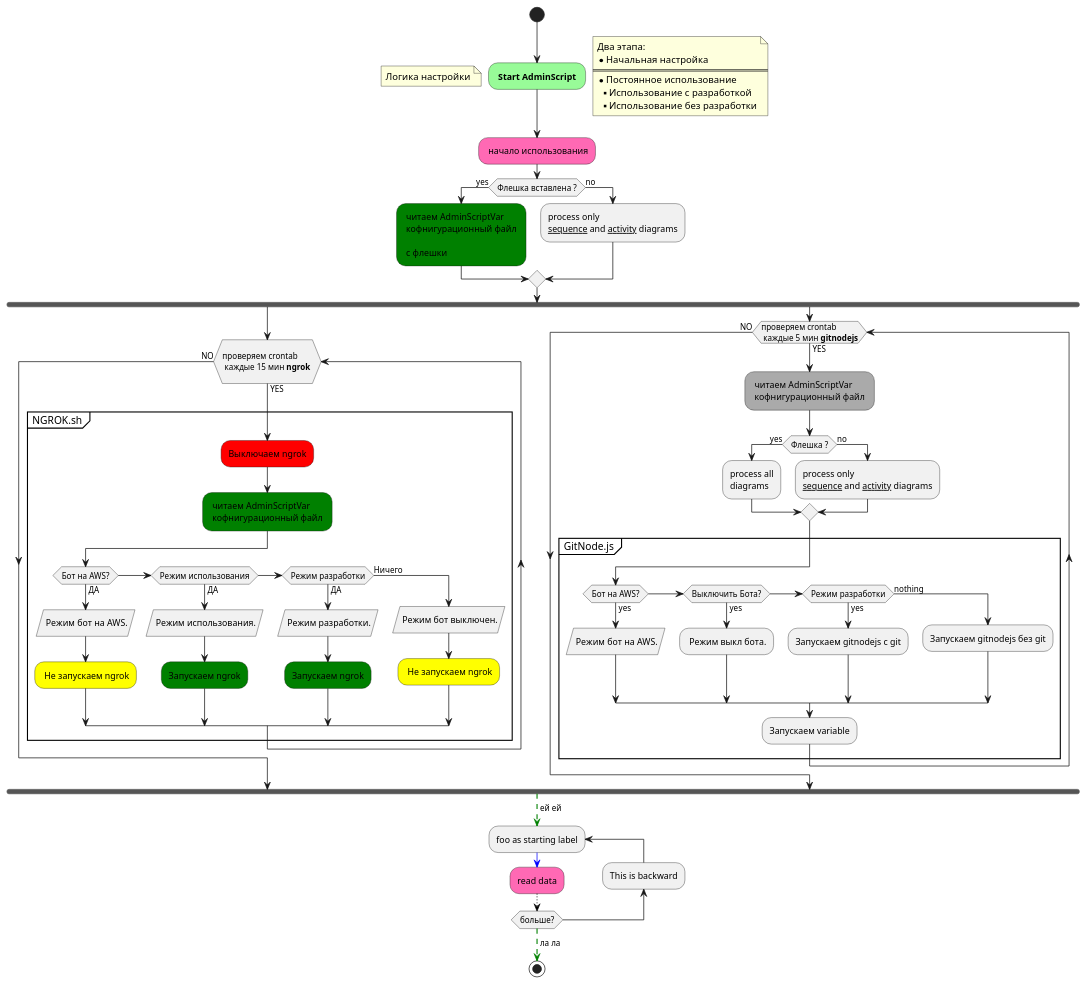
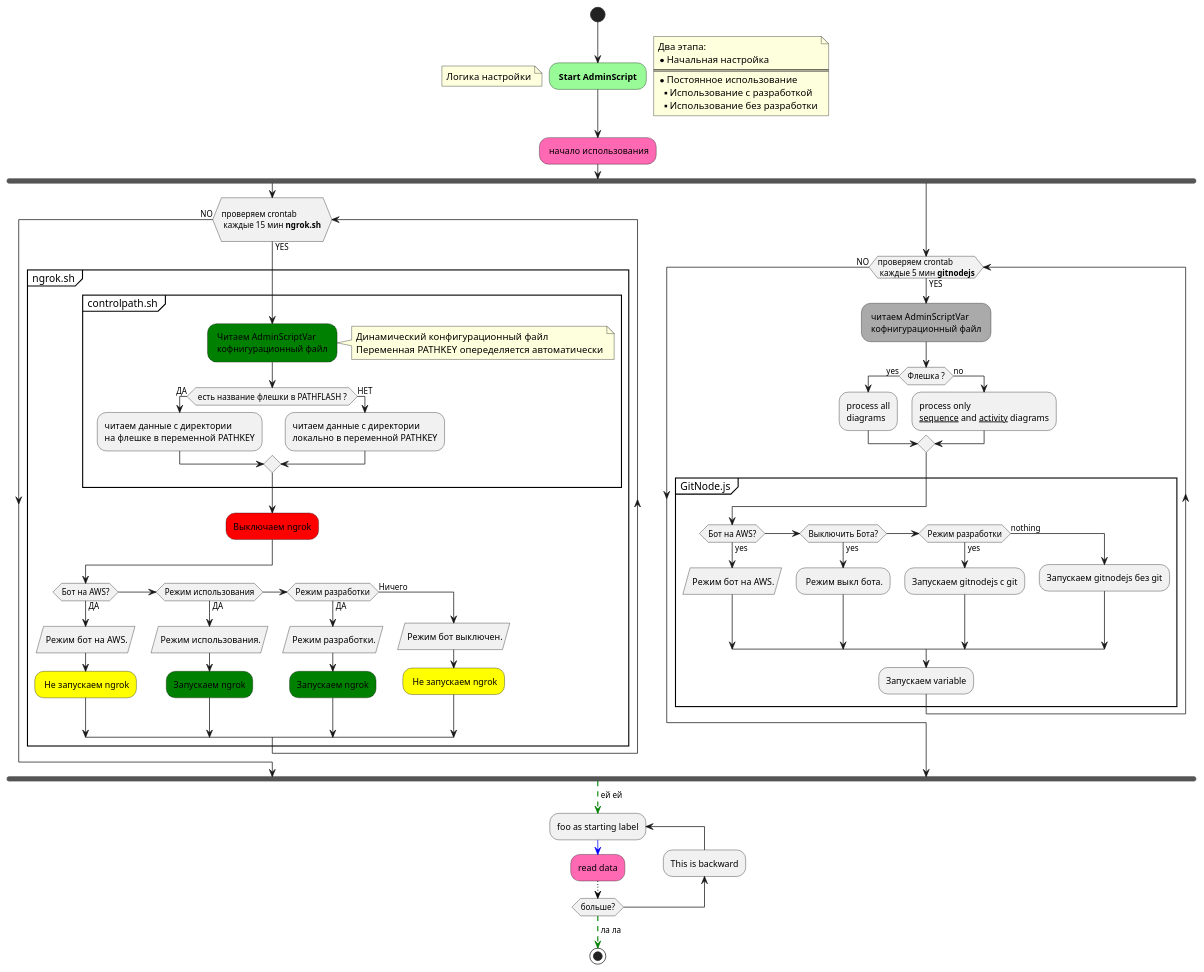
The diagram in conf/algoritm.pu (N1kD21/adminscript), drawn with PlantUML before and after one commit. The commit also changed 1 other file, not shown here.

Commit message:
add variable MODEBOT + change pu diagrame

```diff
--- a/conf/algoritm.pu
+++ b/conf/algoritm.pu
@@ -1,117 +1,132 @@
 @startuml
 
 
 start
 
 
 #palegreen: **Start AdminScript** ;
 floating note left: Логика настройки
 note right
 Два этапа:
 * Начальная настройка
 ====
 * Постоянное использование
 ** Использование с разработкой
 ** Использование без разработки
 end note
 
 
 
 #HotPink: начало использования;
 
-if (Флешка вставлена ?) then (yes)
-#GREEN: читаем AdminScriptVar \n кофнигурационный файл \n\n с флешки;
-else (no)
-:process only
-__sequence__ and __activity__ diagrams;
-endif
+
 
 fork
 
-while (\nпроверяем crontab \n каждые 15 мин <b>ngrok</b> \n) is (YES)
+while (\nпроверяем crontab \n каждые 15 мин <b>ngrok.sh</b> \n) is (YES)
 
-partition " NGROK.sh " {
+
+partition " ngrok.sh " {
+
+partition " controlpath.sh " {
+
+#GREEN: Читаем AdminScriptVar \n кофнигурационный файл ;
+
+note right
+Динамический конфигурационный файл
+Переменная PATHKEY опеределяется автоматически
+end note
+
+
+if ( есть название флешки в PATHFLASH ? ) then (ДА)
+:читаем данные с директории
+на флешке в переменной PATHKEY;
+else (НЕТ)
+:читаем данные с директории
+локально в переменной PATHKEY;
+endif
+
+}
 
 #RED:Выключаем ngrok;
 
 
-#GREEN: читаем AdminScriptVar \n кофнигурационный файл ;
 
 
 if (Бот на AWS?) then (ДА)
 : Режим бот на AWS./
 #YELLOW: Не запускаем ngrok;
 
 elseif (Режим использования) then (ДА)
 : Режим использования./
 #GREEN:Запускаем ngrok;
 
 elseif (Режим разработки) then (ДА)
 : Режим разработки./
 #GREEN:Запускаем ngrok;
 
 else (Ничего)
 
 : Режим бот выключен./
 #YELLOW: Не запускаем ngrok;
 
 endif
 
 
 }
 
 endwhile (NO)
 
 fork again
 
 while (проверяем crontab \n каждые 5 мин <b>gitnodejs</b>) is (YES)
 
 #AAAAAA: читаем AdminScriptVar \n кофнигурационный файл ;
 if (Флешка ?) then (yes)
 :process all\ndiagrams;
 else (no)
 :process only
 __sequence__ and __activity__ diagrams;
 endif
 
 partition " GitNode.js " {
 
 if (Бот на AWS?) then (yes)
 : Режим бот на AWS./
 
 elseif (Выключить Бота?) then (yes)
 : Режим выкл бота.;
 
 elseif (Режим разработки) then (yes)
 :Запускаем gitnodejs c git;
 
 else (nothing)
 :Запускаем gitnodejs без git;
 endif
 
 :Запускаем variable;
 
 }
 
 endwhile (NO)
 
 
 end fork
 
 
 
 -[#green,dashed]-> ей ей;
 repeat :foo as starting label;
 
 -[#blue]->
 #HotPink:read data;
 -[#black,dotted]->
 backward:This is backward;
 repeat while (больше?)
 
 -[#green,dashed]-> ла ла;
 
 
 stop
 
 @enduml
```
